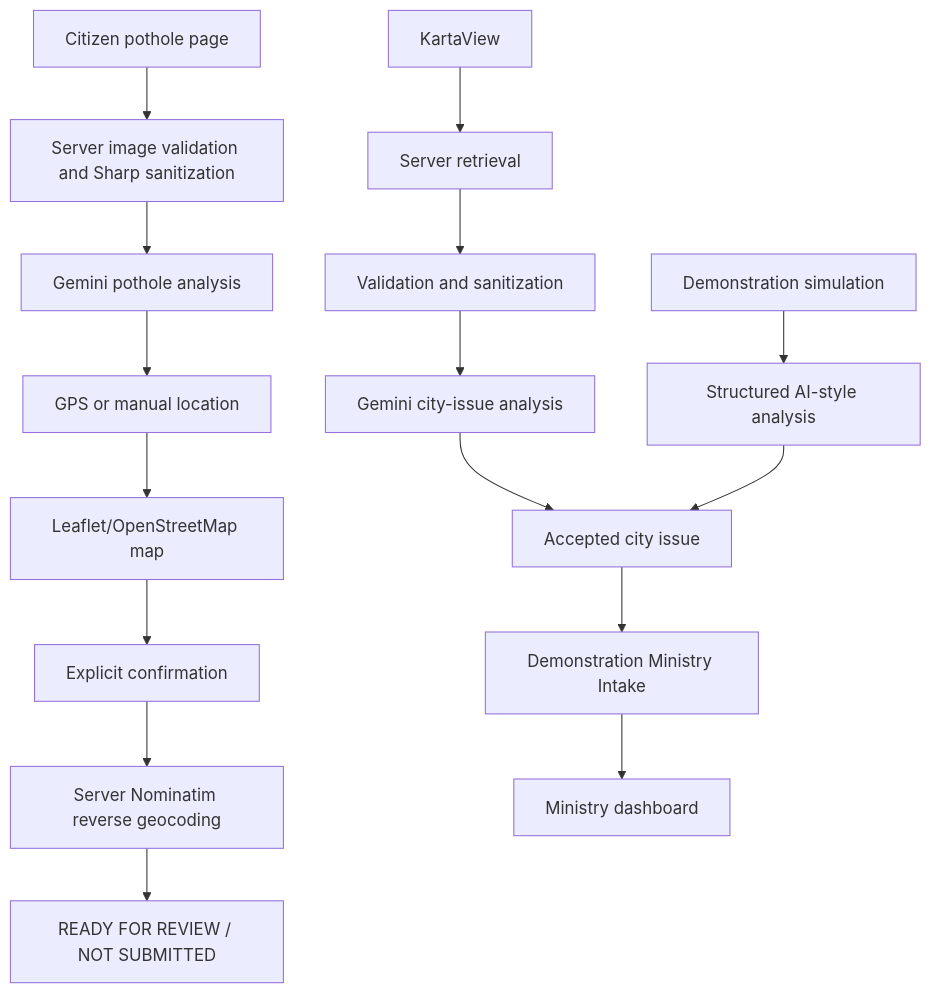
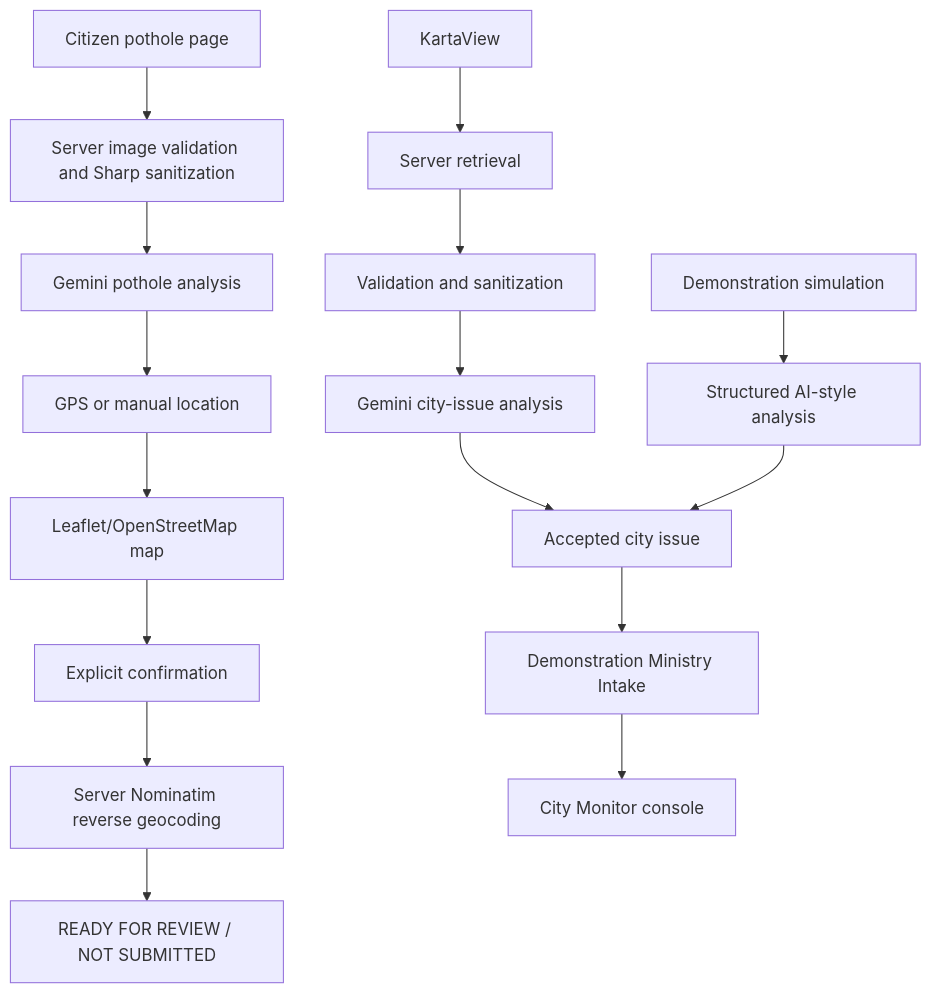
Before and after one commit to Laraib-oi/JalSarthi-AI: the diagram in frontend/README.md, drawn with Mermaid. The commit also changed other lines of this file and 18 other files, not shown here.

Commit message:
Refine city monitor with issue evidence

````diff
--- a/frontend/README.md
+++ b/frontend/README.md
@@ -249,20 +267,20 @@
 ```mermaid
 flowchart TD
   C[Citizen pothole page] --> CV[Server image validation and Sharp sanitization]
   CV --> CG[Gemini pothole analysis]
   CG --> CL[GPS or manual location]
   CL --> CM[Leaflet/OpenStreetMap map]
   CM --> CR[Explicit confirmation]
   CR --> RG[Server Nominatim reverse geocoding]
   RG --> RP[READY FOR REVIEW / NOT SUBMITTED]
 
   K[KartaView] --> KR[Server retrieval]
   KR --> KV[Validation and sanitization]
   KV --> KG[Gemini city-issue analysis]
   KG --> AI[Accepted city issue]
   AI --> MI[Demonstration Ministry Intake]
-  MI --> MD[Ministry dashboard]
+  MI --> MD[City Monitor console]
 
   S[Demonstration simulation] --> SA[Structured AI-style analysis]
   SA --> AI
 ```
````
